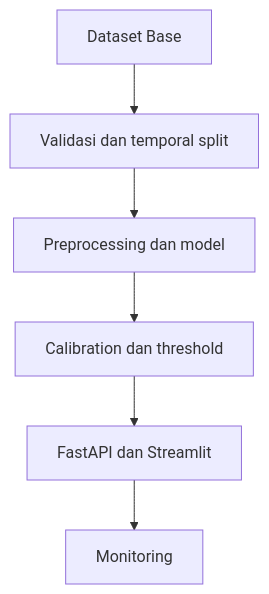
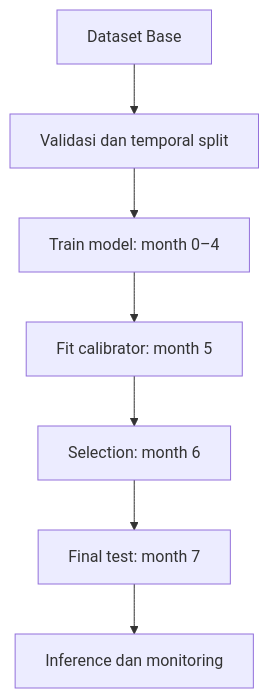
Before and after one commit to SYFDNNN/fraudshield: the diagram in docs/architecture.md, drawn with Mermaid. The commit also changed other lines of this file and 9 other files, not shown here.

Commit message:
evaluation: add one-time final test report

````diff
--- a/docs/architecture.md
+++ b/docs/architecture.md
@@ -6,8 +6,9 @@
 ```mermaid
 flowchart TD
     A["Dataset Base"] --> B["Validasi dan temporal split"]
-    B --> C["Preprocessing dan model"]
-    C --> D["Calibration dan threshold"]
-    D --> E["FastAPI dan Streamlit"]
-    E --> F["Monitoring"]
+    B --> C["Train model: month 0–4"]
+    C --> D["Fit calibrator: month 5"]
+    D --> E["Selection: month 6"]
+    E --> F["Final test: month 7"]
+    F --> G["Inference dan monitoring"]
 ```
````
